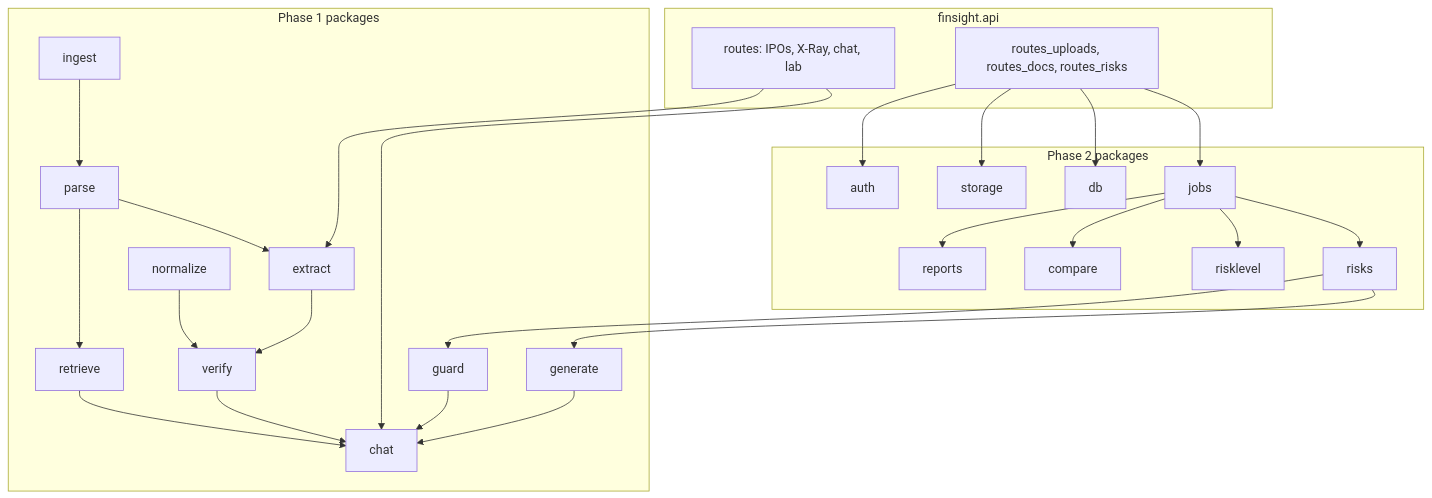
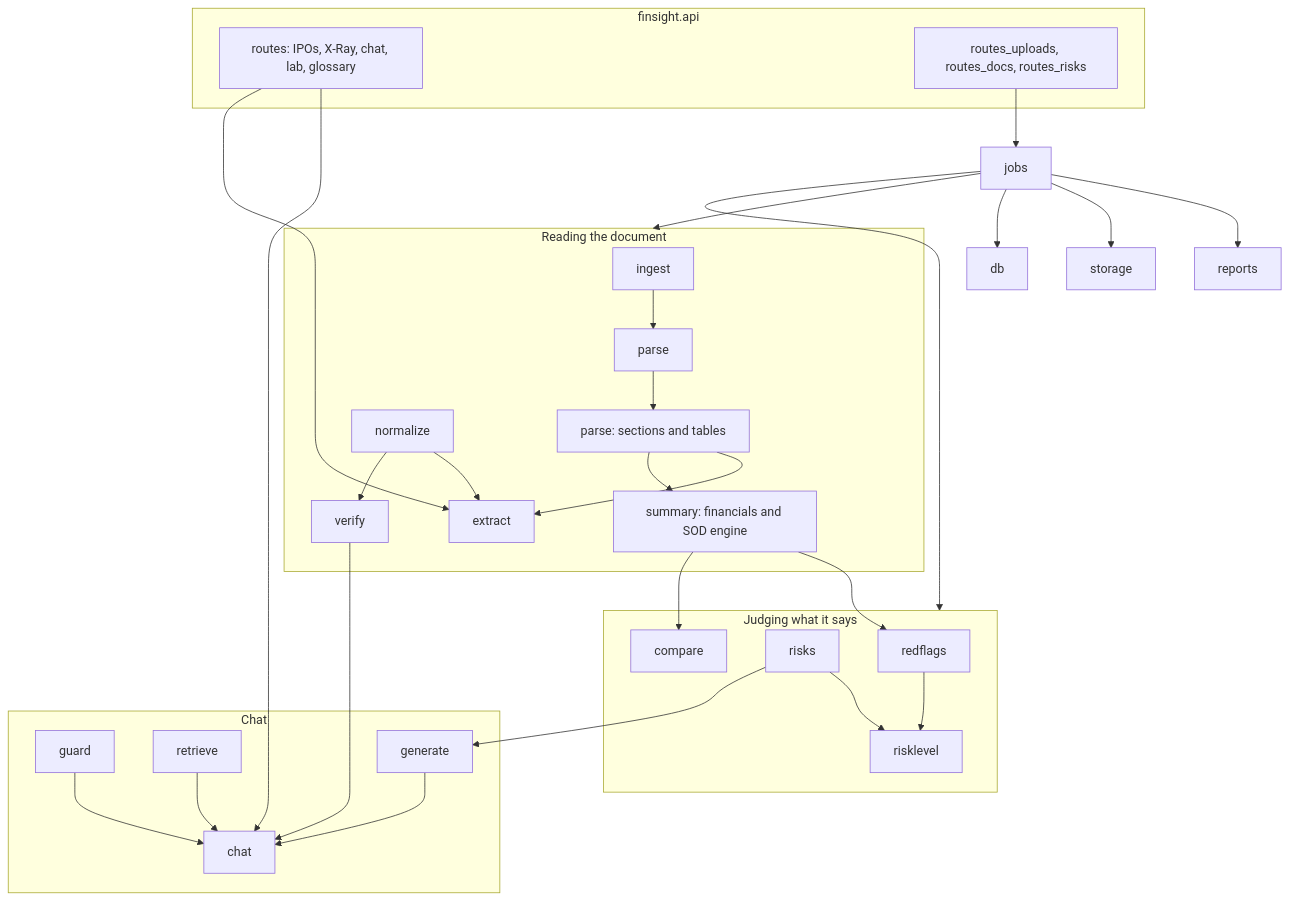
Before and after one commit to AkshatTm/FinSight-IPO-X-Ray-for-Indian-retail-investors: the third of 6 diagrams in docs/architecture/index.md, drawn with Mermaid. The commit also changed other lines of this file and 16 other files, not shown here.

First line of the commit message:
docs(v1.1): new site nav; getting started, user guide, architecture and data pages

````diff
--- a/docs/architecture/index.md
+++ b/docs/architecture/index.md
@@ -44,34 +51,39 @@
 ```mermaid
 flowchart TB
   subgraph api [finsight.api]
-    R1[routes: IPOs, X-Ray, chat, lab]
+    R1[routes: IPOs, X-Ray, chat, lab, glossary]
     R2[routes_uploads, routes_docs, routes_risks]
   end
-  subgraph phase1 [Phase 1 packages]
-    ingest --> parse --> extract
-    parse --> retrieve
-    extract --> verify
+  subgraph read [Reading the document]
+    ingest --> parse --> sections[parse: sections and tables]
+    sections --> extract
+    sections --> summary["summary: financials and SOD engine"]
+    normalize --> extract
     normalize --> verify
-    generate --> chat
+  end
+  subgraph judge [Judging what it says]
+    redflags
+    risks
+    risklevel
+    compare
+  end
+  subgraph ask [Chat]
     guard --> chat
     retrieve --> chat
+    generate --> chat
     verify --> chat
-  end
-  subgraph phase2 [Phase 2 packages]
-    storage
-    db
-    auth
-    jobs --> risks
-    jobs --> risklevel
-    jobs --> compare
-    jobs --> reports
   end
   R1 --> chat
   R1 --> extract
   R2 --> jobs
-  R2 --> db
-  R2 --> storage
-  R2 --> auth
+  jobs --> read
+  jobs --> judge
+  jobs --> reports
+  jobs --> storage
+  jobs --> db
+  summary --> redflags
+  risks --> risklevel
+  redflags --> risklevel
+  summary --> compare
   risks --> generate
-  risks --> guard
 ```
````
